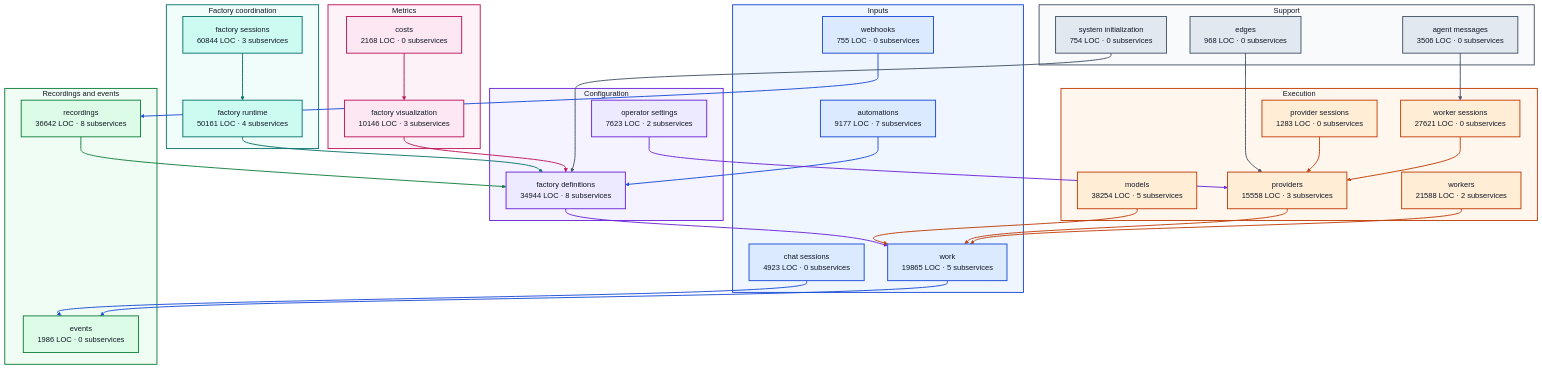
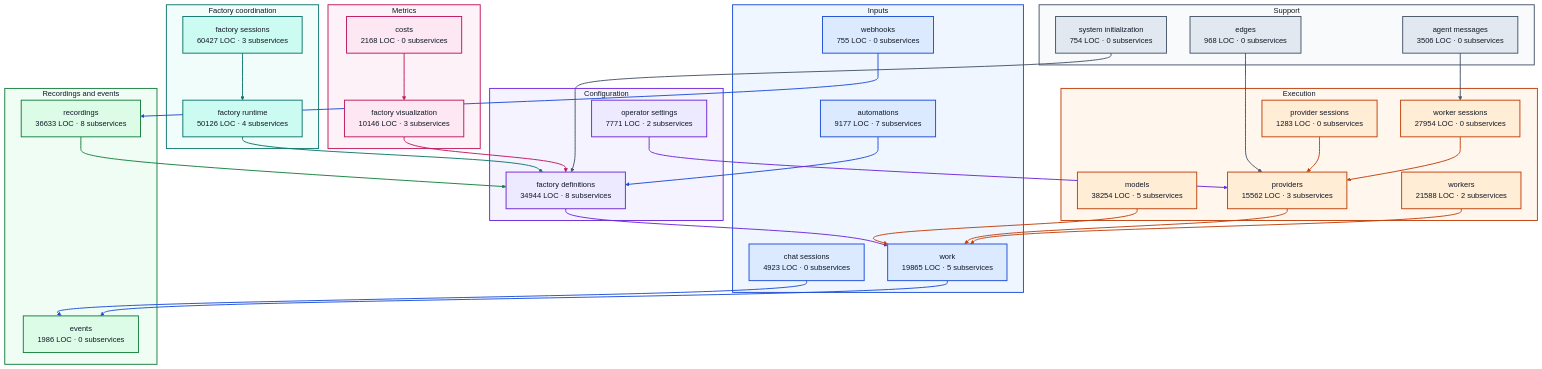
Before and after one commit to portpowered/you-agent-factory: the diagram in docs/architecture/visualizations/high-level-backend.md, drawn with Mermaid. The commit also changed other lines of this file and 21 other files, not shown here.

Commit message:
docs: refresh backend architecture visualizations

```diff
--- a/docs/architecture/visualizations/high-level-backend.md
+++ b/docs/architecture/visualizations/high-level-backend.md
@@ -10,22 +10,22 @@
   end
   subgraph configuration["Configuration"]
     s_services_factory_definitions["factory definitions<br/>34944 LOC · 8 subservices"]
-    s_services_operator_settings["operator settings<br/>7623 LOC · 2 subservices"]
+    s_services_operator_settings["operator settings<br/>7771 LOC · 2 subservices"]
   end
   subgraph coordination["Factory coordination"]
-    s_services_factory_runtime["factory runtime<br/>50161 LOC · 4 subservices"]
-    s_services_factory_sessions["factory sessions<br/>60844 LOC · 3 subservices"]
+    s_services_factory_runtime["factory runtime<br/>50126 LOC · 4 subservices"]
+    s_services_factory_sessions["factory sessions<br/>60427 LOC · 3 subservices"]
   end
   subgraph execution["Execution"]
     s_services_models["models<br/>38254 LOC · 5 subservices"]
     s_services_provider_sessions["provider sessions<br/>1283 LOC · 0 subservices"]
-    s_services_providers["providers<br/>15558 LOC · 3 subservices"]
-    s_services_worker_sessions["worker sessions<br/>27621 LOC · 0 subservices"]
+    s_services_providers["providers<br/>15562 LOC · 3 subservices"]
+    s_services_worker_sessions["worker sessions<br/>27954 LOC · 0 subservices"]
     s_services_workers["workers<br/>21588 LOC · 2 subservices"]
   end
   subgraph recordings["Recordings and events"]
     s_services_events["events<br/>1986 LOC · 0 subservices"]
-    s_services_recordings["recordings<br/>36642 LOC · 8 subservices"]
+    s_services_recordings["recordings<br/>36633 LOC · 8 subservices"]
   end
   subgraph metrics["Metrics"]
     s_services_costs["costs<br/>2168 LOC · 0 subservices"]
```
